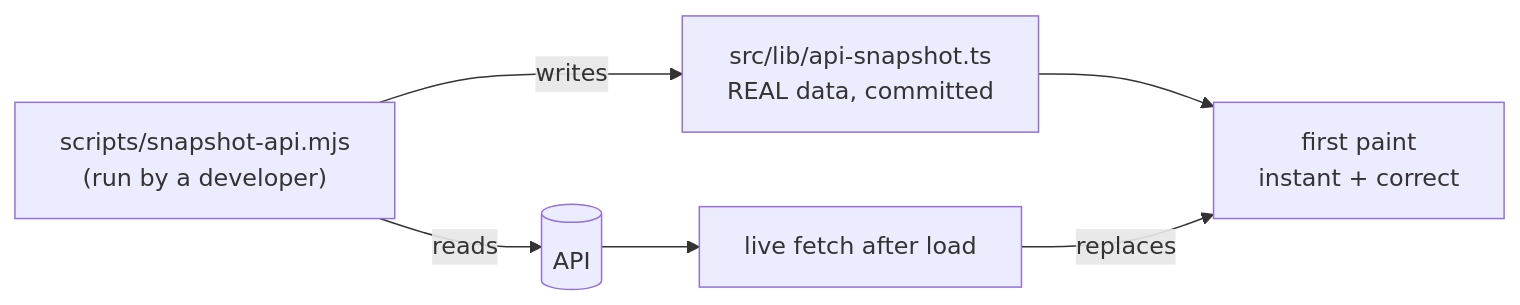
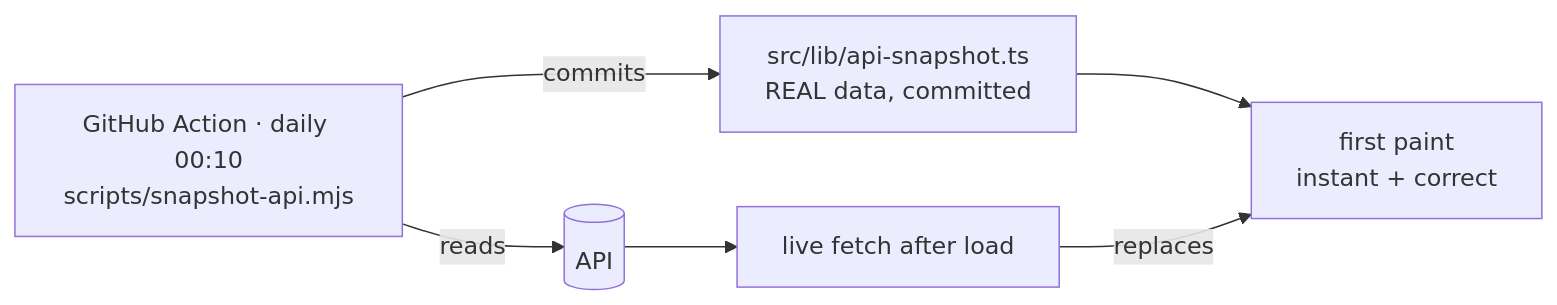
One commit to SebasHuaypar/Yakanas-NASA changed the eighth of 11 diagrams in frontend/README.md. Above: the diagram before and after it, drawn with Mermaid. The commit also changed other lines of this file and 17 other files, not shown here.

````diff
--- a/frontend/README.md
+++ b/frontend/README.md
@@ -298,8 +350,8 @@
 ```mermaid
 flowchart LR
-    SCRIPT["scripts/snapshot-api.mjs<br/>(run by a developer)"] -- reads --> API[(API)]
-    SCRIPT -- writes --> SNAP["src/lib/api-snapshot.ts<br/>REAL data, committed"]
+    GHA["GitHub Action · daily 00:10<br/>scripts/snapshot-api.mjs"] -- reads --> API[(API)]
+    GHA -- commits --> SNAP["src/lib/api-snapshot.ts<br/>REAL data, committed"]
     SNAP --> FIRST["first paint<br/>instant + correct"]
     API --> LIVE["live fetch after load"]
     LIVE -- replaces --> FIRST
 ```
````
